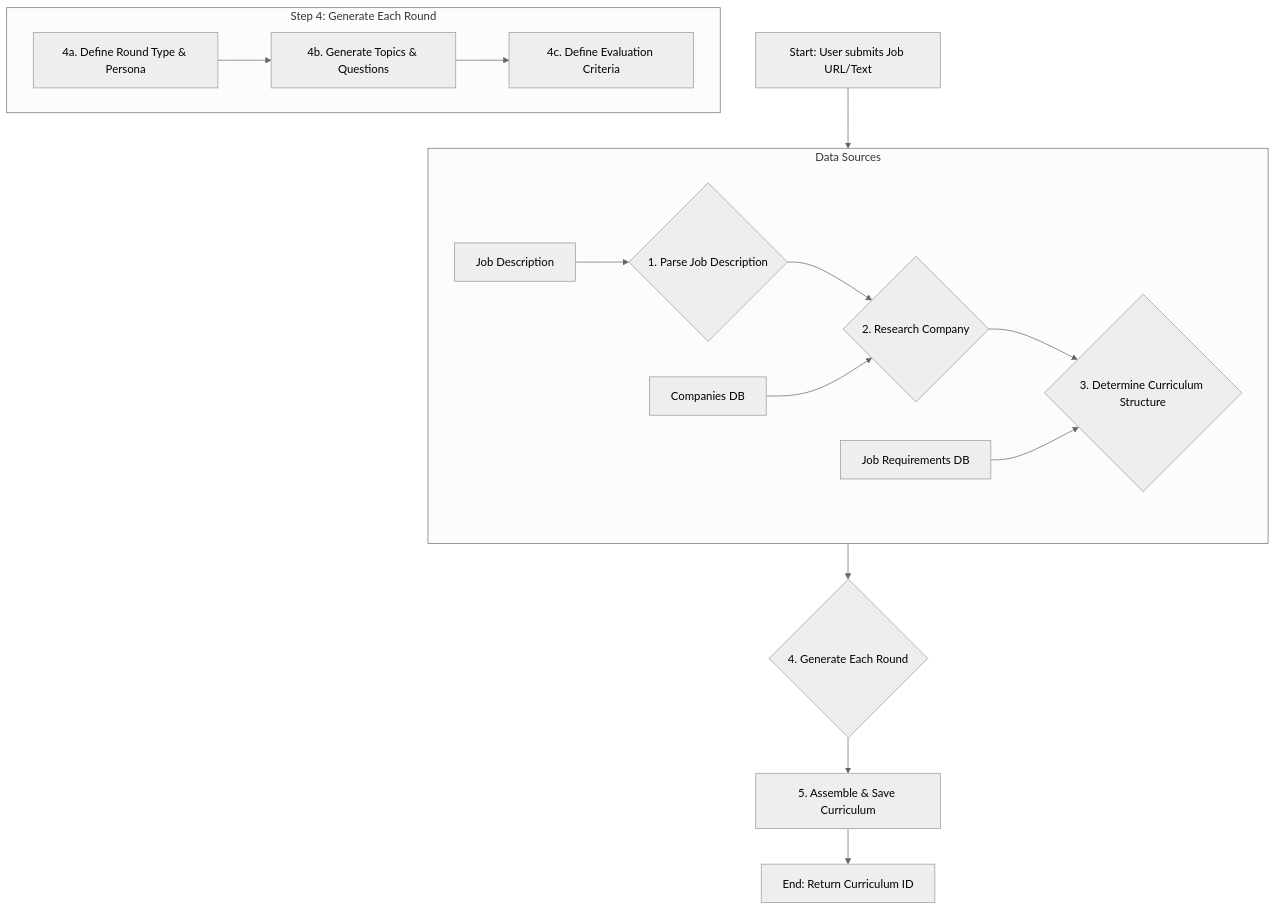
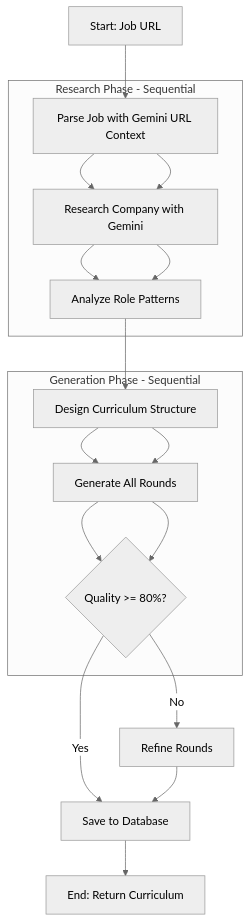
The diagram in preptalk/docs/prd/3-curriculum-agent-prd.md (YvodeRooij/PrepTalk), drawn with Mermaid (neutral theme) before and after one commit. The commit also changed other lines of this file and 16 other files, not shown here.

First line of the commit message:
feat(curriculum): Refactor curriculum agent with new structure and enhanced functionality

````diff
--- a/preptalk/docs/prd/3-curriculum-agent-prd.md
+++ b/preptalk/docs/prd/3-curriculum-agent-prd.md
@@ -41,22 +41,21 @@
 ```mermaid
 graph TD
-    A[Start: User submits Job URL/Text] --> B{1. Parse Job Description};
-    B --> C{2. Research Company};
-    C --> D{3. Determine Curriculum Structure};
-    D --> E{4. Generate Each Round};
-    E --> F[5. Assemble & Save Curriculum];
-    F --> G[End: Return Curriculum ID];
+    A[Start: Job URL] --> B[Parse Job with Gemini URL Context];
+    B --> C[Research Company with Gemini];
+    C --> D[Analyze Role Patterns];
+    D --> E[Design Curriculum Structure];
+    E --> F[Generate All Rounds];
+    F --> G{Quality >= 80%?};
+    G -->|Yes| H[Save to Database];
+    G -->|No| I[Refine Rounds];
+    I --> H;
+    H --> J[End: Return Curriculum];
 
-    subgraph "Step 4: Generate Each Round"
-        direction LR
-        E1[4a. Define Round Type & Persona] --> E2[4b. Generate Topics & Questions];
-        E2 --> E3[4c. Define Evaluation Criteria];
+    subgraph "Research Phase - Sequential"
+        B --> C --> D;
     end
 
-    subgraph "Data Sources"
-        direction LR
-        DS1[Job Description] --> B;
-        DS2[Companies DB] --> C;
-        DS3[Job Requirements DB] --> D;
+    subgraph "Generation Phase - Sequential"
+        E --> F --> G;
     end
 ```
````
